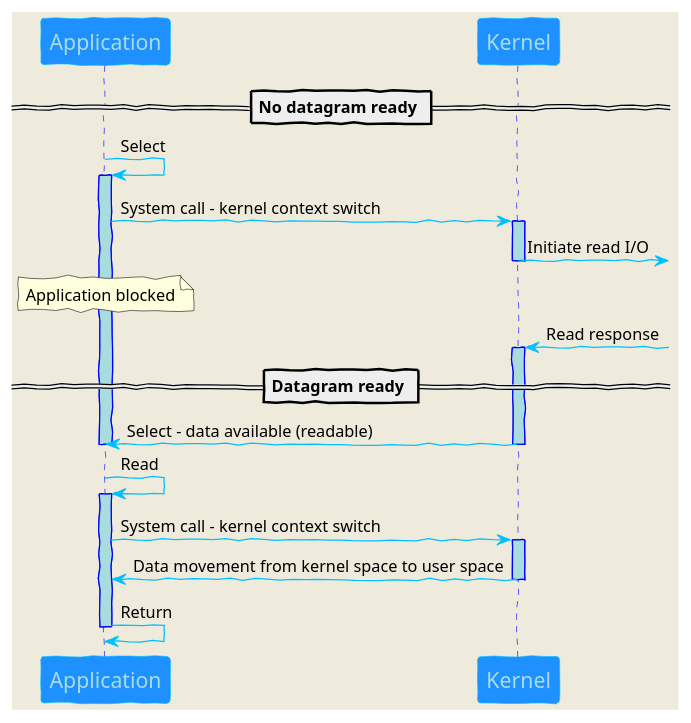
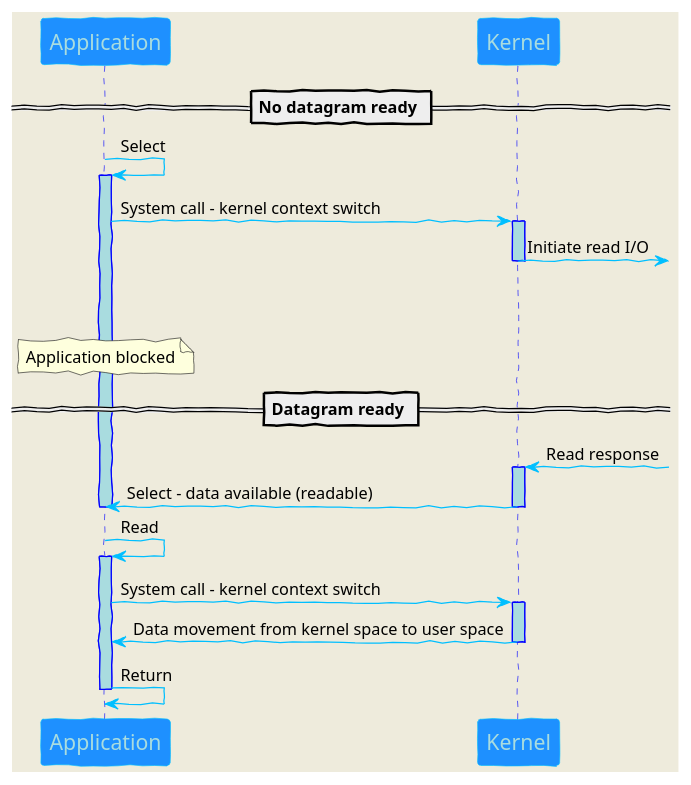
One commit to Hsin2Code/technology changed the diagram in io_multiplexing/image/async_blocking.org. Above: the diagram before and after it, drawn with PlantUML. The commit also changed 7 other files, not shown here.

```diff
--- a/io_multiplexing/image/async_blocking.org
+++ b/io_multiplexing/image/async_blocking.org
@@ -1,47 +1,48 @@
 #+BEGIN_SRC plantuml :file async_blocking.png
 @startuml
 skinparam backgroundColor #EEEBDC
 skinparam handwritten true
 
 skinparam sequence {
 
 ArrowColor DeepSkyBlue
 LifeLineBorderColor blue
 LifeLineBackgroundColor #A9DCDF
 
 ParticipantBorderColor Deepskyblue
 ParticipantBackgroundColor DodgerBlue
 ParticipantFontName Impact
 ParticipantFontSize 17
 ParticipantFontColor #A9DCDF
 
 }
 
 participant Application as A
 participant Kernel as K
 == No datagram ready ==
 A -> A : Select
 activate A
 A -> K : System call - kernel context switch
 activate K
 K ->] : Initiate read I/O
 deactivate K
+||50||
 note over A : Application blocked
+== Datagram ready ==
      K <-] : Read response
-== Datagram ready ==
 activate K
 A <- K : Select - data available (readable)
 deactivate K
 deactivate A
 
 A -> A : Read
 activate A
 A -> K : System call - kernel context switch
 activate K
 A <- K : Data movement from kernel space to user space
 deactivate K
 A -> A : Return
 deactivate A
 
 @enduml
 #+END_SRC
```
